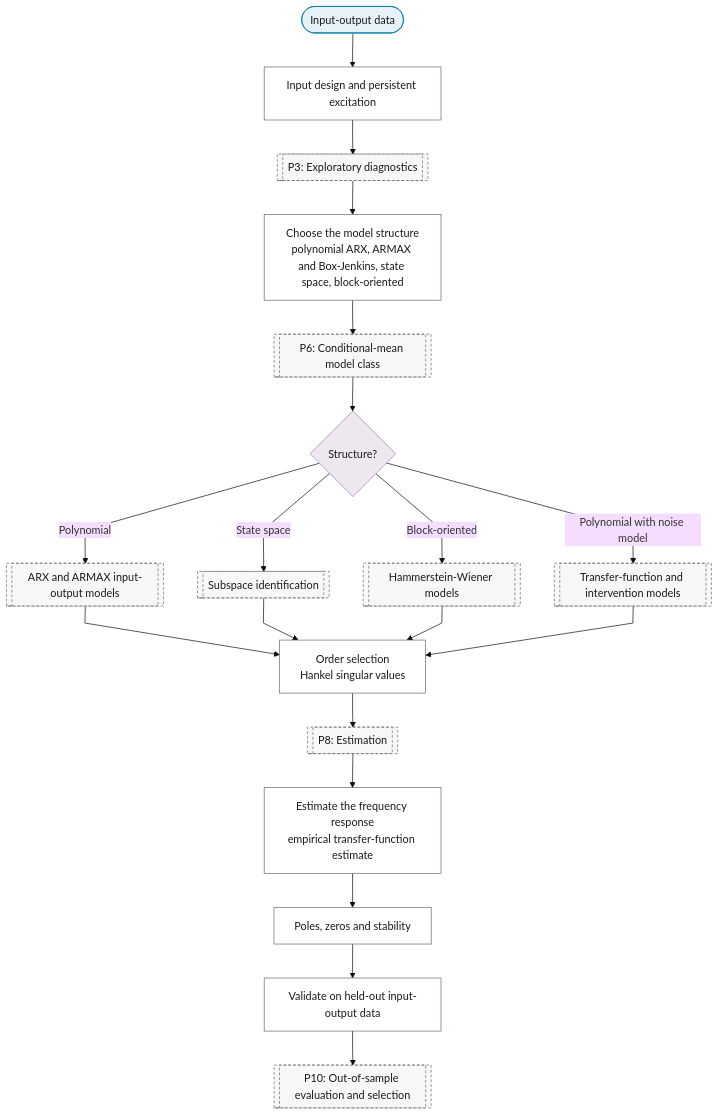
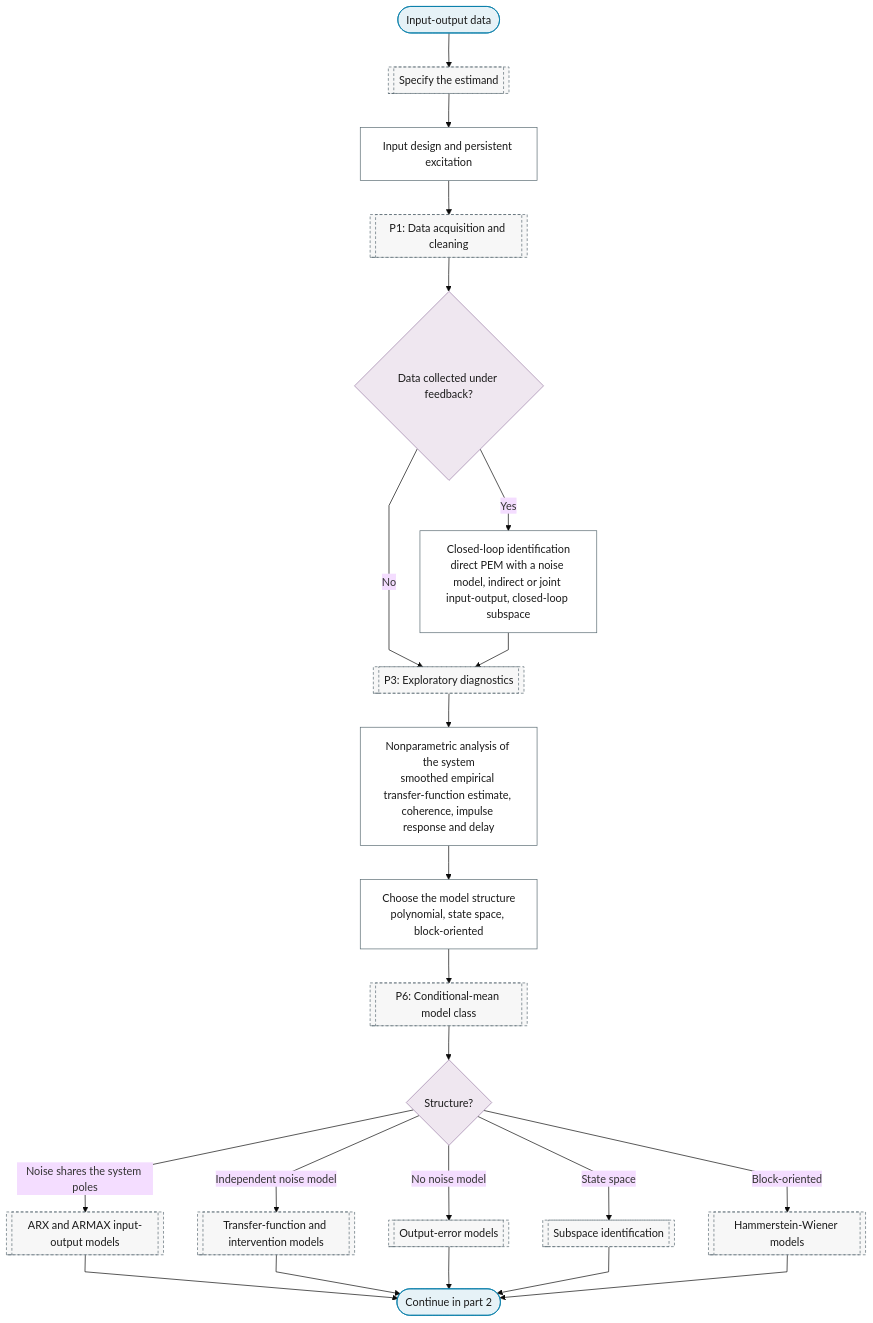
The first of 2 diagrams in docs/01-workflow/p00-purpose/09-system-identification.md (Shuxin-Y/time-series-analysis-manual), drawn with Mermaid (base theme) before and after one commit. The commit also changed other lines of this file and 20 other files, not shown here.

````diff
--- a/docs/01-workflow/p00-purpose/09-system-identification.md
+++ b/docs/01-workflow/p00-purpose/09-system-identification.md
@@ -7,31 +9,33 @@
 ```mermaid
 %%{init: {"flowchart": {"curve": "linear"}}}%%
 graph TD
-    P0_SI_IN(["Input-output data"]) --> P0_SI_EXPERIMENT_DESIGN["Input design and persistent excitation"]
-    P0_SI_EXPERIMENT_DESIGN --> P3[["P3: Exploratory diagnostics"]]
-    P3 --> P0_SI_MODEL_STRUCTURE["Choose the model structure<br/>polynomial ARX, ARMAX and Box-Jenkins, state space, block-oriented"]
+    P0_SI_IN(["Input-output data"]) --> P0_ESTIMAND[["Specify the estimand"]]
+    P0_ESTIMAND --> P0_SI_EXPERIMENT_DESIGN["Input design and persistent excitation"]
+    P0_SI_EXPERIMENT_DESIGN --> P1[["P1: Data acquisition and cleaning"]]
+    P1 --> P0_SI_FEEDBACK{"Data collected under feedback?"}
+    P0_SI_FEEDBACK -->|"Yes"| P0_SI_CLOSED_LOOP["Closed-loop identification<br/>direct PEM with a noise model, indirect or joint input-output, closed-loop subspace"]
+    P0_SI_FEEDBACK -->|"No"| P3
+    P0_SI_CLOSED_LOOP --> P3[["P3: Exploratory diagnostics"]]
+    P3 --> P0_SI_NONPARAMETRIC["Nonparametric analysis of the system<br/>smoothed empirical transfer-function estimate, coherence, impulse response and delay"]
+    P0_SI_NONPARAMETRIC --> P0_SI_MODEL_STRUCTURE["Choose the model structure<br/>polynomial, state space, block-oriented"]
     P0_SI_MODEL_STRUCTURE --> P6[["P6: Conditional-mean model class"]]
     P6 --> P0_SI_STRUCTURE_Q{"Structure?"}
-    P0_SI_STRUCTURE_Q -->|"Polynomial"| P6_ARX_ARMAX[["ARX and ARMAX input-output models"]]
+    P0_SI_STRUCTURE_Q -->|"Noise shares the system poles"| P6_ARX_ARMAX[["ARX and ARMAX input-output models"]]
+    P0_SI_STRUCTURE_Q -->|"Independent noise model"| P6_TRANSFER_FUNCTION[["Transfer-function and intervention models"]]
+    P0_SI_STRUCTURE_Q -->|"No noise model"| P6_OUTPUT_ERROR[["Output-error models"]]
     P0_SI_STRUCTURE_Q -->|"State space"| P6_SUBSPACE[["Subspace identification"]]
     P0_SI_STRUCTURE_Q -->|"Block-oriented"| P6_HAMMERSTEIN_WIENER[["Hammerstein-Wiener models"]]
-    P0_SI_STRUCTURE_Q -->|"Polynomial with noise model"| P6_TRANSFER_FUNCTION[["Transfer-function and intervention models"]]
-    P6_ARX_ARMAX & P6_SUBSPACE & P6_HAMMERSTEIN_WIENER & P6_TRANSFER_FUNCTION --> P0_SI_ORDER_SELECTION["Order selection<br/>Hankel singular values"]
-    P0_SI_ORDER_SELECTION --> P8[["P8: Estimation"]]
-    P8 --> P0_SI_TRANSFER_FUNCTION["Estimate the frequency response<br/>empirical transfer-function estimate"]
-    P0_SI_TRANSFER_FUNCTION --> P0_SI_STABILITY["Poles, zeros and stability"]
-    P0_SI_STABILITY --> P0_SI_VALIDATION["Validate on held-out input-output data"]
-    P0_SI_VALIDATION --> P10[["P10: Out-of-sample evaluation and selection"]]
-    class P0_SI_IN terminator
-    class P0_SI_STRUCTURE_Q decision
-    class P0_SI_EXPERIMENT_DESIGN,P0_SI_MODEL_STRUCTURE,P0_SI_ORDER_SELECTION,P0_SI_TRANSFER_FUNCTION,P0_SI_STABILITY,P0_SI_VALIDATION process
-    class P3,P6,P6_ARX_ARMAX,P6_SUBSPACE,P6_HAMMERSTEIN_WIENER,P6_TRANSFER_FUNCTION,P8,P10 ref
+    P6_ARX_ARMAX & P6_TRANSFER_FUNCTION & P6_OUTPUT_ERROR & P6_SUBSPACE & P6_HAMMERSTEIN_WIENER --> P0_SI_TO_PART_2(["Continue in part 2"])
+    class P0_SI_IN,P0_SI_TO_PART_2 terminator
+    class P0_SI_FEEDBACK,P0_SI_STRUCTURE_Q decision
+    class P0_SI_EXPERIMENT_DESIGN,P0_SI_CLOSED_LOOP,P0_SI_NONPARAMETRIC,P0_SI_MODEL_STRUCTURE process
+    class P0_ESTIMAND,P1,P3,P6,P6_ARX_ARMAX,P6_TRANSFER_FUNCTION,P6_OUTPUT_ERROR,P6_SUBSPACE,P6_HAMMERSTEIN_WIENER ref
     classDef terminator fill:#E6F2F7,stroke:#007BA7,color:#1A1A1A;
     classDef process fill:#FFFFFF,stroke:#5A6B73,color:#1A1A1A;
     classDef decision fill:#EFE7F0,stroke:#9B7FA7,color:#1A1A1A;
     classDef data fill:#FFF4E0,stroke:#C9A55E,color:#1A1A1A;
     classDef good fill:#DCEFD8,stroke:#4A7A3F,color:#1A1A1A;
     classDef escalate fill:#FFE9C2,stroke:#C9A55E,color:#1A1A1A;
     classDef problem fill:#F2D9DE,stroke:#800020,color:#1A1A1A;
     classDef ref fill:#F7F7F7,stroke:#5A6B73,color:#1A1A1A,stroke-dasharray:4 3;
 ```
````
